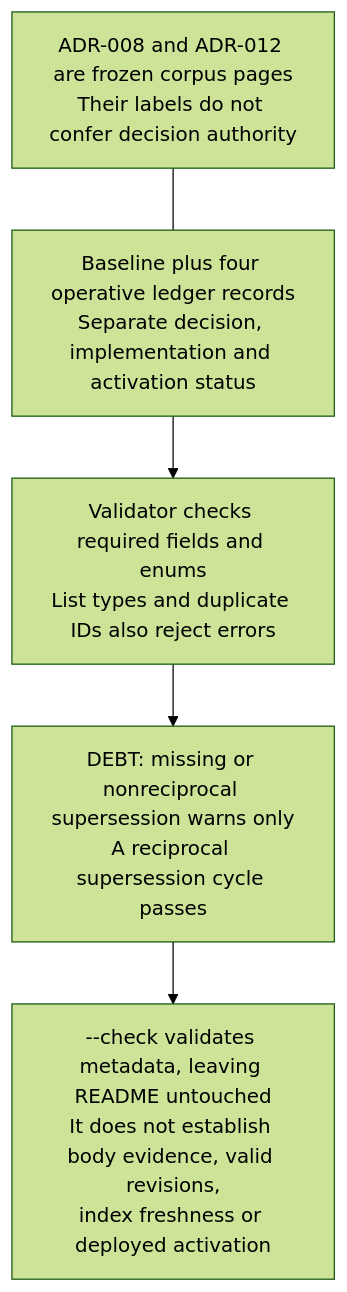
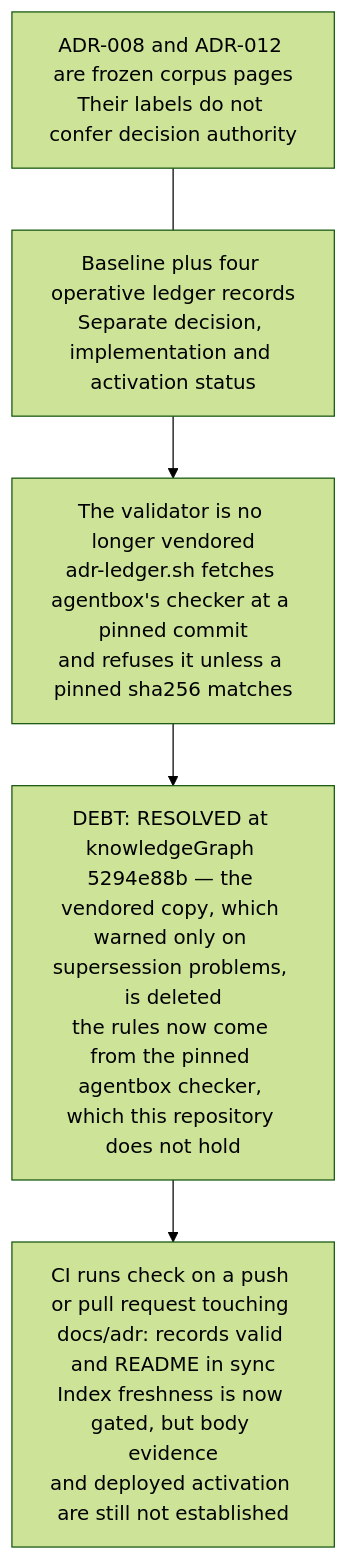
The fourth of 4 diagrams in docs/diagrams/knowledgegraph/07-invariants-register.md (DreamLab-AI/VisionFlow), drawn with Mermaid (forest theme) before and after one commit. The commit also changed other lines of this file and 49 other files, not shown here.

First line of the commit message:
docs(diagrams): re-derive and re-stamp VisionClaw, estate, knowledge-graph, visionGraph, VisionFlow and sidestr topics

````diff
--- a/docs/diagrams/knowledgegraph/07-invariants-register.md
+++ b/docs/diagrams/knowledgegraph/07-invariants-register.md
@@ -95,16 +99,18 @@
 ```mermaid
 flowchart TB
     %% knowledgeGraph/docs/adr/PREAMBLE.md:3
     LEDGER["Baseline plus four operative ledger records<br/>Separate decision, implementation and activation status"]
     %% knowledgeGraph/archive/logseq-era-2026-09-22/pages/ADR-008.md:3
     %% knowledgeGraph/archive/logseq-era-2026-09-22/pages/ADR-012.md:3
     CONTENT["ADR-008 and ADR-012 are frozen corpus pages<br/>Their labels do not confer decision authority"]
-    %% knowledgeGraph/scripts/adr-index-gen.js:113
-    CHECK["Validator checks required fields and enums<br/>List types and duplicate IDs also reject errors"]
-    %% knowledgeGraph/scripts/adr-index-gen.js:148
-    GRAPH["DEBT: missing or nonreciprocal supersession warns only<br/>A reciprocal supersession cycle passes"]
-    %% knowledgeGraph/scripts/adr-index-gen.js:205
-    LIMIT["--check validates metadata, leaving README untouched<br/>It does not establish body evidence, valid revisions,<br/>index freshness or deployed activation"]
+    %% knowledgeGraph/scripts/adr-ledger.sh:19-22
+    %% knowledgeGraph/scripts/adr-ledger.sh:29-31
+    CHECK["The validator is no longer vendored<br/>adr-ledger.sh fetches agentbox's checker at a pinned commit<br/>and refuses it unless a pinned sha256 matches"]
+    %% knowledgeGraph/docs/adr/.ledger.json:2-3
+    GRAPH["DEBT: RESOLVED at knowledgeGraph 5294e88b — the vendored copy, which warned only on supersession problems, is deleted<br/>the rules now come from the pinned agentbox checker, which this repository does not hold"]
+    %% knowledgeGraph/scripts/adr-ledger.sh:34
+    %% knowledgeGraph/.github/workflows/adr-ledger.yml:5-15,29
+    LIMIT["CI runs check on a push or pull request touching docs/adr: records valid and README in sync<br/>Index freshness is now gated, but body evidence<br/>and deployed activation are still not established"]
     LEDGER --> CHECK --> GRAPH --> LIMIT
     CONTENT --- LEDGER
 ```
````
